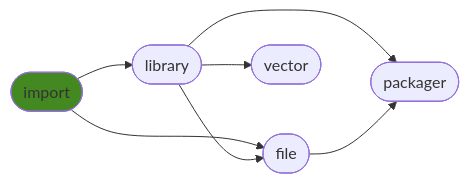
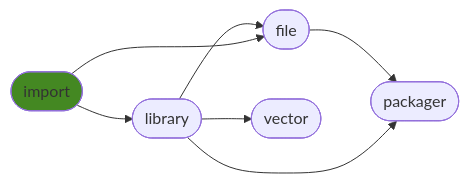
Before and after one commit to ManderaGeneral/generalimport: the diagram in README.md, drawn with Mermaid. The commit also changed other lines of this file, not shown here.

````diff
--- a/README.md
+++ b/README.md
@@ -28,15 +28,15 @@
 ```mermaid
 flowchart LR
-0([import]) --> 2([file])
+2([file]) --> 4([packager])
+1([library]) --> 2([file])
+0([import]) --> 1([library])
 1([library]) --> 3([vector])
 1([library]) --> 4([packager])
-0([import]) --> 1([library])
-1([library]) --> 2([file])
-2([file]) --> 4([packager])
+0([import]) --> 2([file])
 click 0 "https://github.com/ManderaGeneral/generalimport"
 click 1 "https://github.com/ManderaGeneral/generallibrary"
 click 2 "https://github.com/ManderaGeneral/generalfile"
 click 3 "https://github.com/ManderaGeneral/generalvector"
 click 4 "https://github.com/ManderaGeneral/generalpackager"
 style 0 fill:#482
 ```
````
